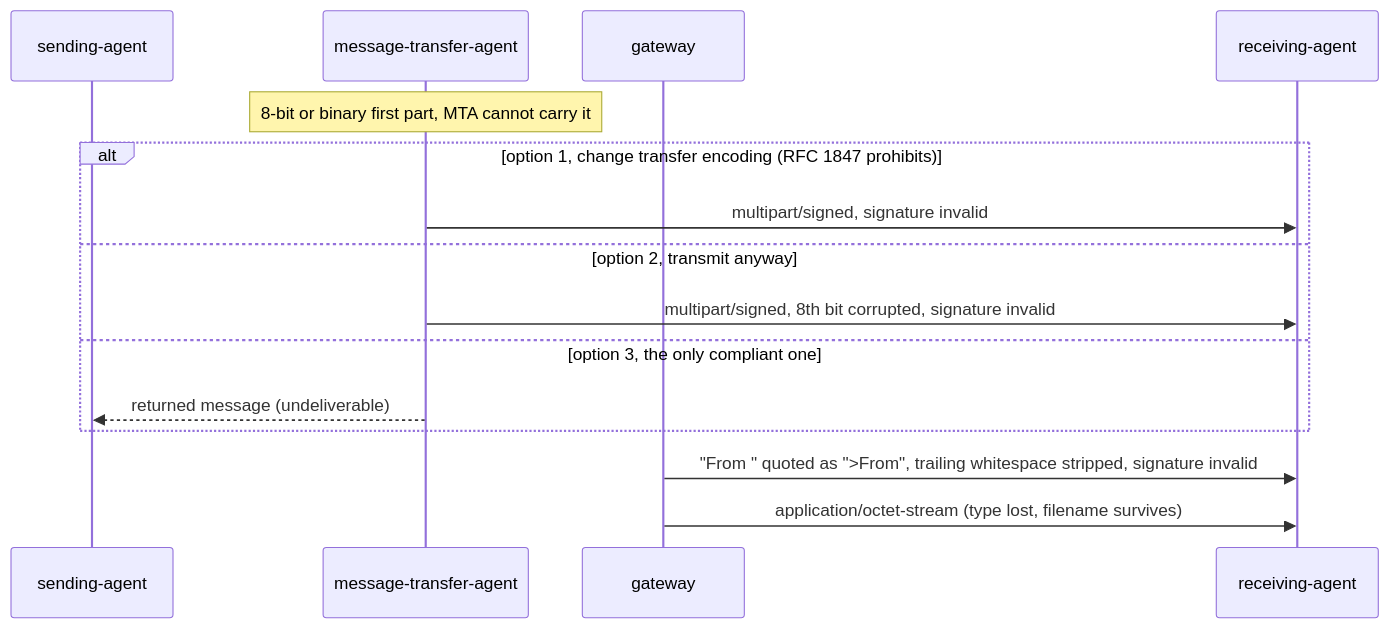
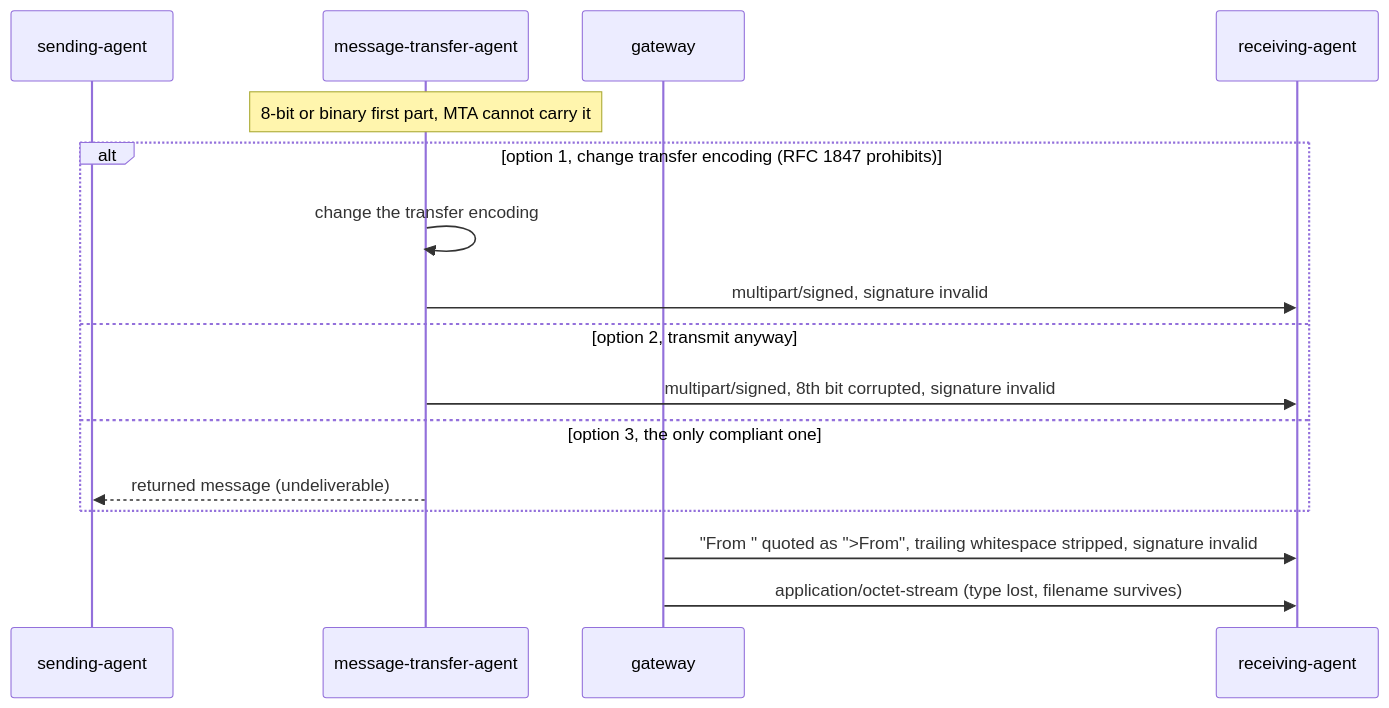
Before and after one commit to m-of-n/library: the tenth of 28 diagrams in records/ietf/rfc-8551/distilled/protocol.md, drawn with Mermaid. The commit also changed other lines of this file and 12 other files, not shown here.

````diff
--- a/records/ietf/rfc-8551/distilled/protocol.md
+++ b/records/ietf/rfc-8551/distilled/protocol.md
@@ -258,17 +258,18 @@
 ```mermaid
 sequenceDiagram
   participant SA as sending-agent
   participant MTA as message-transfer-agent
   participant G as gateway
   participant RA as receiving-agent
   Note over MTA: 8-bit or binary first part, MTA cannot carry it
   alt option 1, change transfer encoding (RFC 1847 prohibits)
+    MTA->>MTA: change the transfer encoding
     MTA->>RA: multipart/signed, signature invalid
   else option 2, transmit anyway
     MTA->>RA: multipart/signed, 8th bit corrupted, signature invalid
   else option 3, the only compliant one
     MTA-->>SA: returned message (undeliverable)
   end
   G->>RA: "From " quoted as ">From", trailing whitespace stripped, signature invalid
   G->>RA: application/octet-stream (type lost, filename survives)
 ```
````
